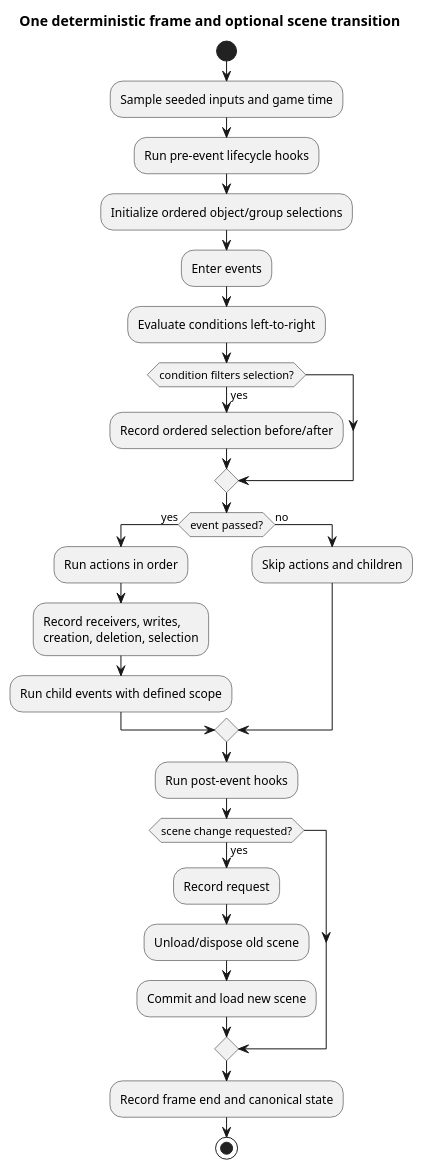
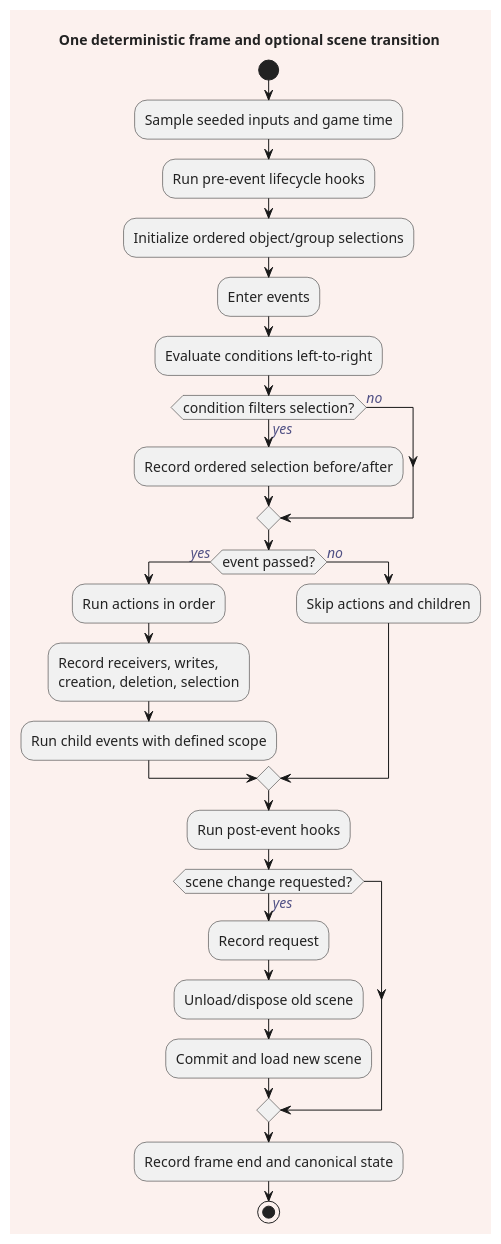
Before and after one commit to 4ian/GDevelop: the sixth of 11 diagrams in docs/kotlin-port/DIAGRAMS.md, drawn with PlantUML. The commit also changed other lines of this file and 2 other files, not shown here.

Commit message:
gradle conf and DIAGRAMS.md plantuml fixes

````diff
--- a/docs/kotlin-port/DIAGRAMS.md
+++ b/docs/kotlin-port/DIAGRAMS.md
@@ -271,30 +342,44 @@
 ```plantuml
 @startuml
 title One deterministic frame and optional scene transition
+
+skinparam BackgroundColor #FCF1EEFF
+skinparam DefaultFontColor #222222FF
+skinparam DefaultFontSize 14
+skinparam ArrowFontColor #505084FF
+skinparam ArrowFontStyle italic
+skinparam NoteFontSize 12
+skinparam DefaultFontName jetbrains-mono
+
 start
+
 :Sample seeded inputs and game time;
 :Run pre-event lifecycle hooks;
 :Initialize ordered object/group selections;
 :Enter events;
 :Evaluate conditions left-to-right;
+
 if (condition filters selection?) then (yes)
   :Record ordered selection before/after;
+else (no)
 endif
+
 if (event passed?) then (yes)
   :Run actions in order;
   :Record receivers, writes,
-creation, deletion, selection;
+  creation, deletion, selection;
   :Run child events with defined scope;
 else (no)
   :Skip actions and children;
 endif
+
 :Run post-event hooks;
 if (scene change requested?) then (yes)
   :Record request;
   :Unload/dispose old scene;
   :Commit and load new scene;
 endif
 :Record frame end and canonical state;
 stop
 @enduml
 ```
````
